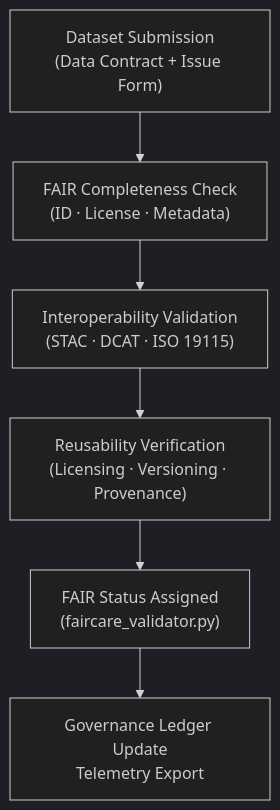
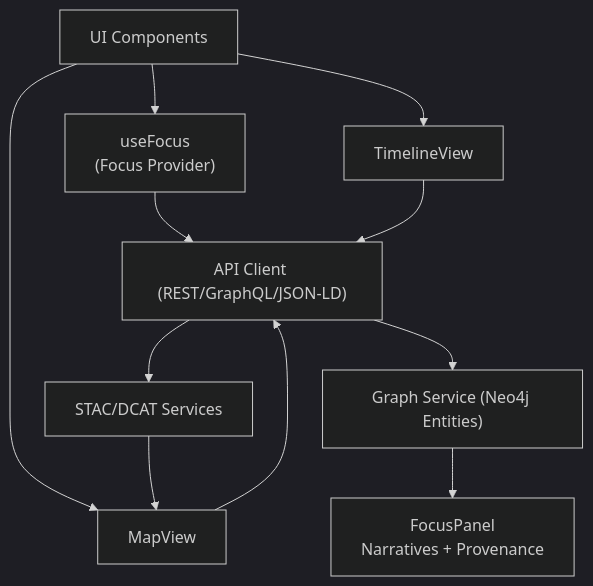
The diagram in web/src/README.md (bartytime4life/Kansas-Frontier-Matrix), drawn with Mermaid (dark theme) before and after one commit. The commit also changed other lines of this file, not shown here.

```diff
--- a/web/src/README.md
+++ b/web/src/README.md
@@ -52,9 +114,16 @@
 ~~~~~mermaid
 flowchart TD
-  A["Dataset Submission<br/>(Data Contract + Issue Form)"]
-    --> B["FAIR Completeness Check<br/>(ID · License · Metadata)"]
-  B --> C["Interoperability Validation<br/>(STAC · DCAT · ISO 19115)"]
-  C --> D["Reusability Verification<br/>(Licensing · Versioning · Provenance)"]
-  D --> E["FAIR Status Assigned<br/>(faircare_validator.py)"]
-  E --> F["Governance Ledger Update<br/>Telemetry Export"]
+  UI["UI Components"] --> FOC["useFocus<br/>(Focus Provider)"]
+  UI --> MAP["MapView"]
+  UI --> TIME["TimelineView"]
+
+  FOC --> API["API Client (REST/GraphQL/JSON-LD)"]
+  MAP --> API
+  TIME --> API
+
+  API --> STAC["STAC/DCAT Services"]
+  API --> GRAPH["Graph Service (Neo4j Entities)"]
+
+  GRAPH --> PANEL["FocusPanel<br/>Narratives + Provenance"]
+  STAC --> MAP
 ~~~~~
```
